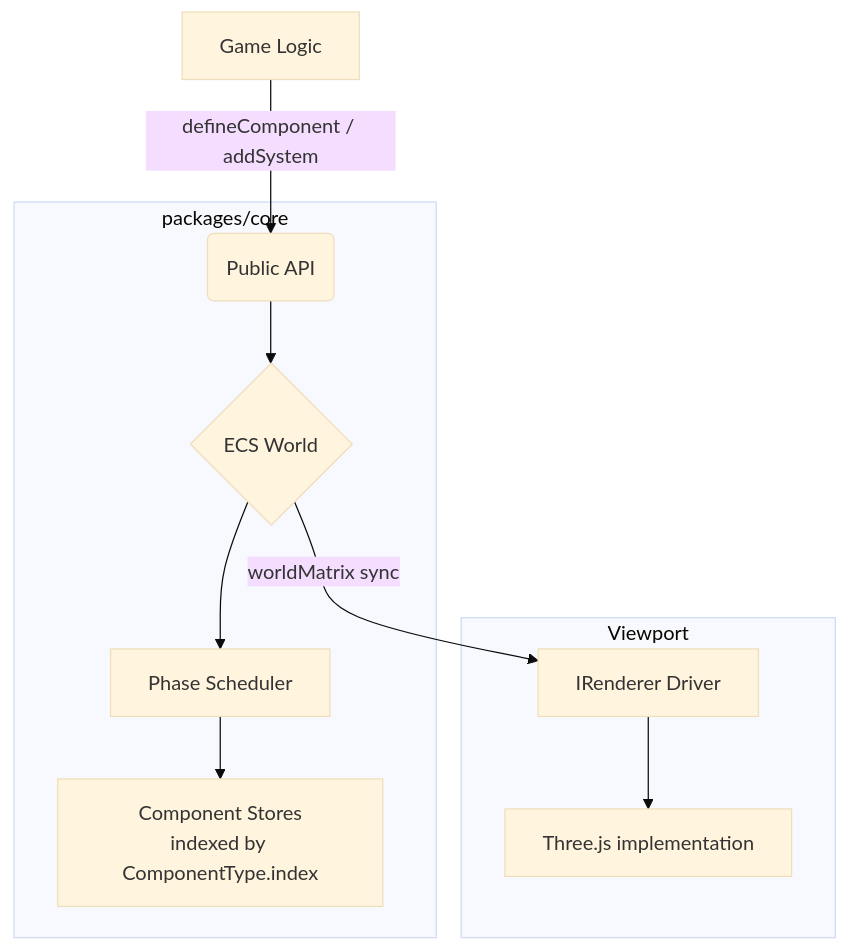
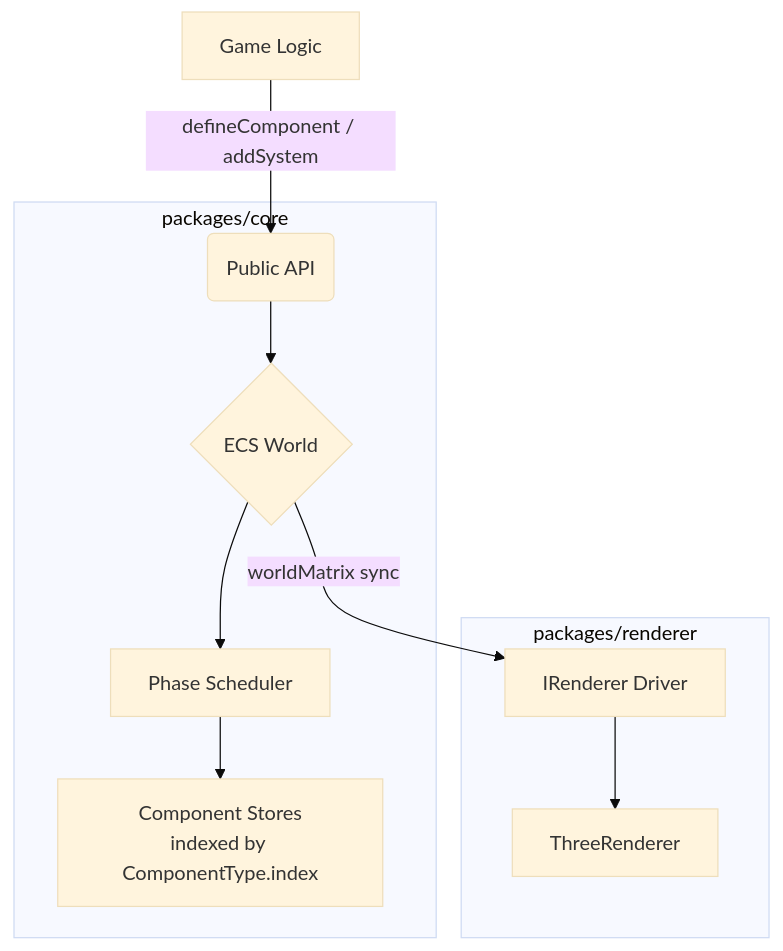
One commit to paco-play/titane changed the diagram in README.md. Above: the diagram before and after it, drawn with Mermaid (base theme). The commit also changed other lines of this file and 2 other files, not shown here.

First line of the commit message:
docs: record the renderer split and the reachability gap

````diff
--- a/README.md
+++ b/README.md
@@ -85,13 +87,13 @@
 ```mermaid
 graph TD
     A[Game Logic] -->|"defineComponent / addSystem"| B(Public API)
     subgraph engine [packages/core]
     B --> C{ECS World}
     C --> D[Phase Scheduler]
     D --> E["Component Stores<br/>indexed by ComponentType.index"]
     end
     C -->|worldMatrix sync| F[IRenderer Driver]
-    subgraph viewport [Viewport]
-    F --> G[Three.js implementation]
+    subgraph renderer ["packages/renderer"]
+    F --> G[ThreeRenderer]
     end
 ```
````
